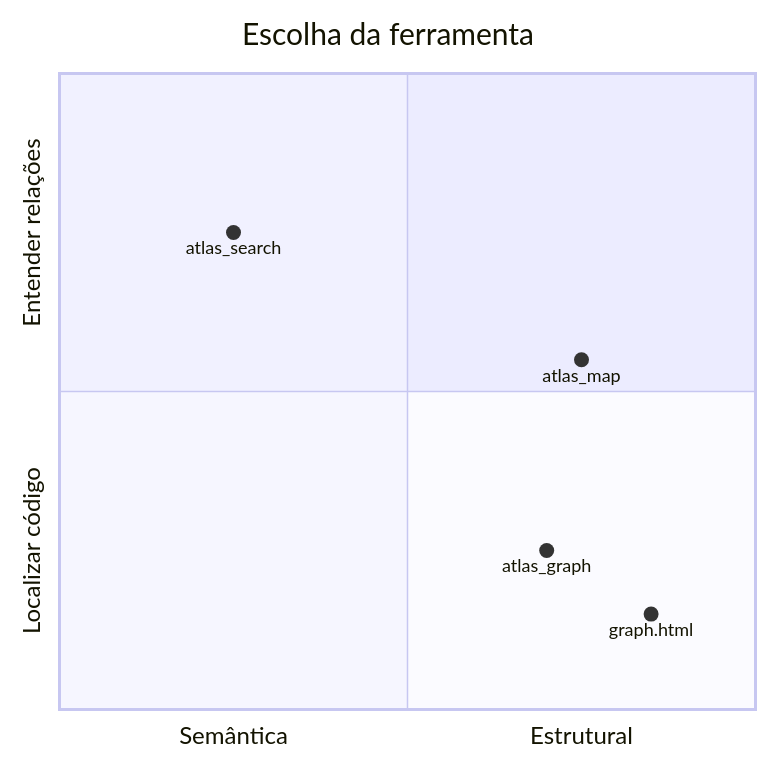
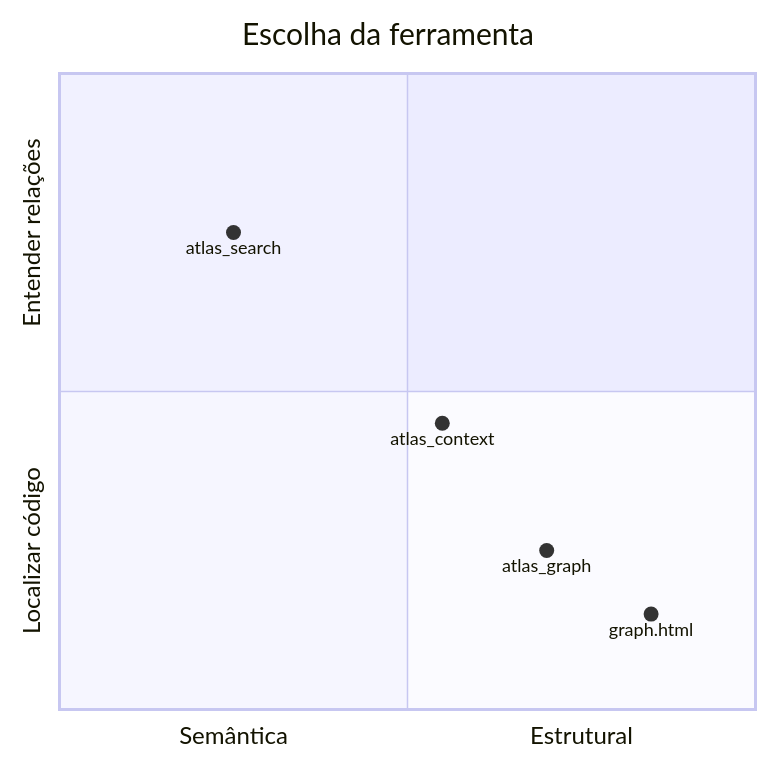
One commit to LuisCarlosLopes/codesteer-atlas changed the tenth of 14 diagrams in docs/guia-indexacao-grafo-mcp.md. Above: the diagram before and after it, drawn with Mermaid. The commit also changed other lines of this file and 7 other files, not shown here.

````diff
--- a/docs/guia-indexacao-grafo-mcp.md
+++ b/docs/guia-indexacao-grafo-mcp.md
@@ -381,10 +391,10 @@
 ```mermaid
 quadrantChart
     title Escolha da ferramenta
     x-axis Semântica --> Estrutural
     y-axis Localizar código --> Entender relações
     atlas_search: [0.25, 0.75]
-    atlas_map: [0.75, 0.55]
+    atlas_context: [0.55, 0.45]
     atlas_graph: [0.70, 0.25]
     graph.html: [0.85, 0.15]
 ```
````
